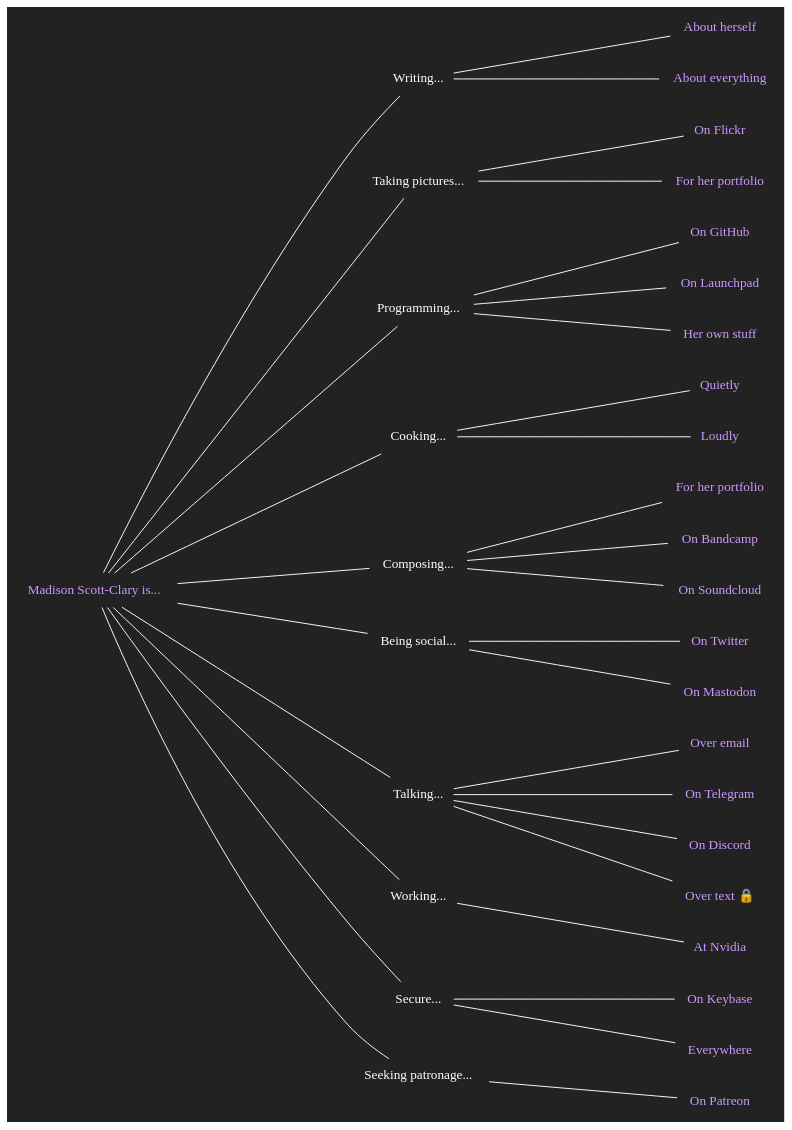
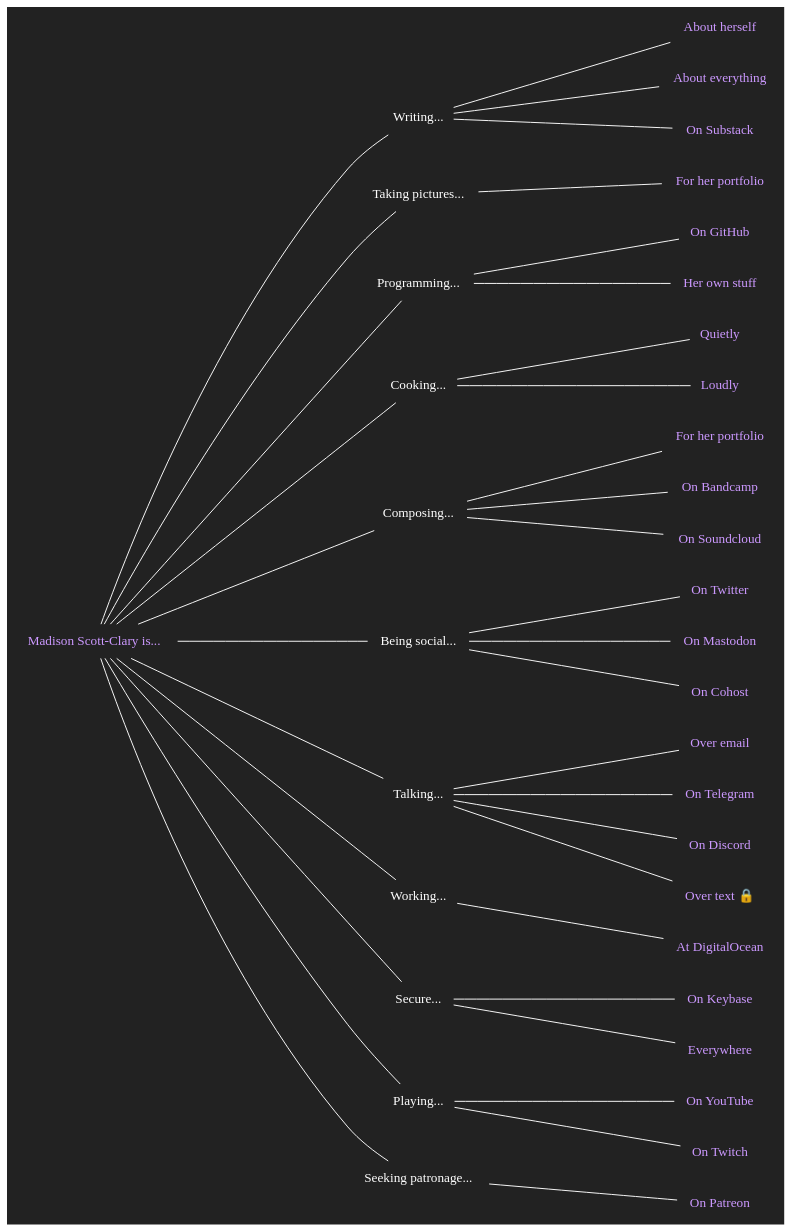
One commit to makyo/makyo.is changed the diagram in is.dot. Above: the diagram before and after it, drawn with Graphviz. The commit also changed 3 other files, not shown here.

```diff
--- a/is.dot
+++ b/is.dot
@@ -1,63 +1,74 @@
 graph is {
     node[shape="none",fontcolor="#ffffff",color="#ffffff",fontname="Helvetica bold"]
     edge[color="#ffffff"]
     graph[bgcolor="#222222",label="",margin="0",rankdir="LR",ranksep=2.5]
 
-    copula [label="Madison Scott-Clary is...",fontcolor="#cc99ff",href="https://drab-makyo.com?pk_campaign=source&pk_kwd=makyo.is"]
+    copula [label="Madison Scott-Clary is...",fontcolor="#cc99ff",href="https://drab-makyo.com"]
 
     writing [label="Writing..."]
-    /* writing_anything [label="Anything",fontcolor="#cc99ff",href="https://writing.drab-makyo.com?pk_campaign=source&pk_kwd=makyo.is"] */
-    writing_ally [label="About herself",fontcolor="#cc99ff",href="https://ally.id?pk_campaign=source&pk_kwd=makyo.is"]
-    writing_portfolio [label="About everything",fontcolor="#cc99ff",href="https://makyo.ink?pk_campaign=source&pk_kwd=makyo.is"]
-    copula -- writing -- { /* writing_anything, */ writing_ally, writing_portfolio }
+    /* writing_anything [label="Anything",fontcolor="#cc99ff",href="https://writing.drab-makyo.com"] 
+     */
+    writing_ally [label="About herself",fontcolor="#cc99ff",href="https://ally.id"]
+    writing_portfolio [label="About everything",fontcolor="#cc99ff",href="https://makyo.ink"]
+    writing_substack [label="On Substack",fontcolor="#cc99ff",href="https://makyo.substack.com"]
+    copula -- writing -- { /* writing_anything, */ writing_ally, writing_portfolio, writing_substack }
 
     photography [label="Taking pictures..."]
-    photography_flickr [label="On Flickr",fontcolor="#cc99ff",href="https://flickr.com/photos/ranna"]
+    /* photography_flickr [label="On Flickr",fontcolor="#cc99ff",href="https://flickr.com/photos/ranna"]
+     */
     photography_portfolio [label="For her portfolio",fontcolor="#cc99ff",href="https://makyo.photography"]
-    copula -- photography -- { photography_flickr, photography_portfolio }
+    copula -- photography -- { /*photography_flickr,*/ photography_portfolio }
 
     programming [label="Programming..."]
     programming_github [label="On GitHub",fontcolor="#cc99ff",href="https://github.com/makyo"]
-    programming_launchpad [label="On Launchpad",fontcolor="#cc99ff",href="https://launchpad.net/~makyo"]
+    /* programming_launchpad [label="On Launchpad",fontcolor="#cc99ff",href="https://launchpad.net/~makyo"]
+     */
     programming_personal [label="Her own stuff",fontcolor="#cc99ff",href="https://makyo.dev"]
-    copula -- programming -- { programming_github, programming_launchpad, programming_personal }
+    copula -- programming -- { programming_github, /*programming_launchpad,*/ programming_personal }
 
     cooking [label="Cooking..."]
-    cooking_quietly [label="Quietly",fontcolor="#cc99ff",href="https://makyo.cooking?pk_campaign=source&pk_kwd=makyo.is"]
-    cooking_loudly [label="Loudly",fontcolor="#cc99ff",href="https://mealtime.with.maddypa.ws?pk_campaign=source&pk_kwd=makyo.is"]
+    cooking_quietly [label="Quietly",fontcolor="#cc99ff",href="https://makyo.cooking"]
+    cooking_loudly [label="Loudly",fontcolor="#cc99ff",href="https://mealtime.with.maddypa.ws"]
     copula -- cooking -- { cooking_quietly, cooking_loudly }
 
     composing [label="Composing..."]
-    composing_portfolio [label="For her portfolio",fontcolor="#cc99ff",href="https://sounds.drab-makyo.com?pk_campaign=source&pk_kwd=makyo.is"]
+    composing_portfolio [label="For her portfolio",fontcolor="#cc99ff",href="https://sounds.drab-makyo.com"]
     composing_bandcamp [label="On Bandcamp",fontcolor="#cc99ff",href="https://drab-makyo.bandcamp.com"]
     composing_soundcloud [label="On Soundcloud",fontcolor="#cc99ff",href="https://soundcloud.com/drabmakyo"]
     copula -- composing -- { composing_portfolio, composing_bandcamp, composing_soundcloud }
 
     social [label="Being social..."]
     social_twitter [label="On Twitter",fontcolor="#cc99ff",href="https://twitter.com/makyo_writes"]
     social_mastodon [label="On Mastodon",fontcolor="#cc99ff",href="https://maddypa.ws/@makyo"]
-    copula -- social -- { social_twitter, social_mastodon }
+    social_cohost [label="On Cohost",fontcolor="#cc99ff",href="https://cohost.org/makyo"]
+    copula -- social -- { social_twitter, social_mastodon, social_cohost }
 
     talking [label="Talking..."]
     talking_email [label="Over email",fontcolor="#cc99ff",href="mailto:makyo@drab-makyo.com"]
     talking_telegram [label="On Telegram",fontcolor="#cc99ff",href="https://t.me/DrabMakyo"]
     talking_discord [label="On Discord",fontcolor="#cc99ff",href="/discord",title="Makyo#7093"]
     /*talking_matrix [label="On Matrix",fontcolor="#cc99ff",href="https://matrix.to/#/@makyo:drab-makyo.com"]
     talking_wire [label="On Wire",fontcolor="#cc99ff",href="/wire",title="@makyo"]*/
     talking_phone [label="Over text 🔒 ",fontcolor="#cc99ff",href="tel:3038185943"]
     copula -- talking -- { talking_email, talking_telegram, talking_discord, talking_phone /*, talking_matrix, talking_wire*/ }
 
     working [label="Working..."]
-    working_nvidia [label="At Nvidia",fontcolor="#cc99ff",href="https://nvidia.com"]
-    /* working_hybrid [label="At Hybrid Ink, LLC",fontcolor="#cc99ff",href="https://hybrid.ink?pk_campaign=source&pk_kwd=makyo.is"] */
-    copula -- working -- { /*working_hybrid, */ working_nvidia }
+    working_digitalocean [label="At DigitalOcean",fontcolor="#cc99ff",href="https://digitalocean.com"]
+    /* working_hybrid [label="At Hybrid Ink, LLC",fontcolor="#cc99ff",href="https://hybrid.ink"] 
+     */
+    copula -- working -- { /*working_hybrid, */ working_digitalocean }
 
     secure [label="Secure..."]
     secure_keybase [label="On Keybase",fontcolor="#cc99ff",href="https://keybase.io/makyo"]
     secure_everywhere [label="Everywhere",fontcolor="#cc99ff",href="https://drab-makyo.com/pgp"]
     copula -- secure -- { secure_everywhere, secure_keybase }
 
+    playing [label="Playing..."]
+    playing_youtube [label="On YouTube",fontcolor="#cc99ff",href="https://www.youtube.com/@ephahvix"]
+    playing_twitch [label="On Twitch",fontcolor="#cc99ff",href="https://twitch.tv/ephahvix"]
+    copula -- playing -- { playing_youtube, playing_twitch }
+
     patron [label="Seeking patronage..."]
     patron_patreon [label="On Patreon",fontcolor="#cc99ff",href="https://patreon.com/makyo"]
     copula -- patron -- { patron_patreon }
 }
```
